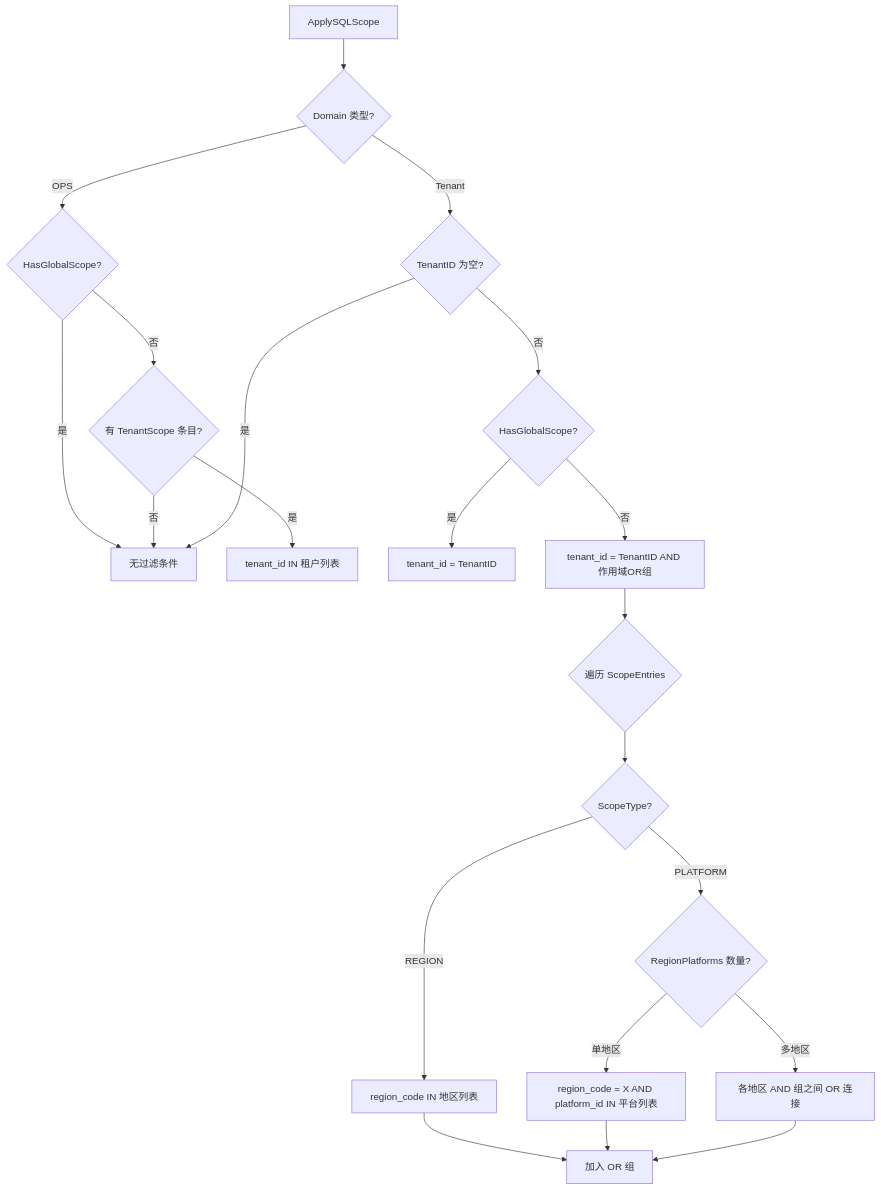
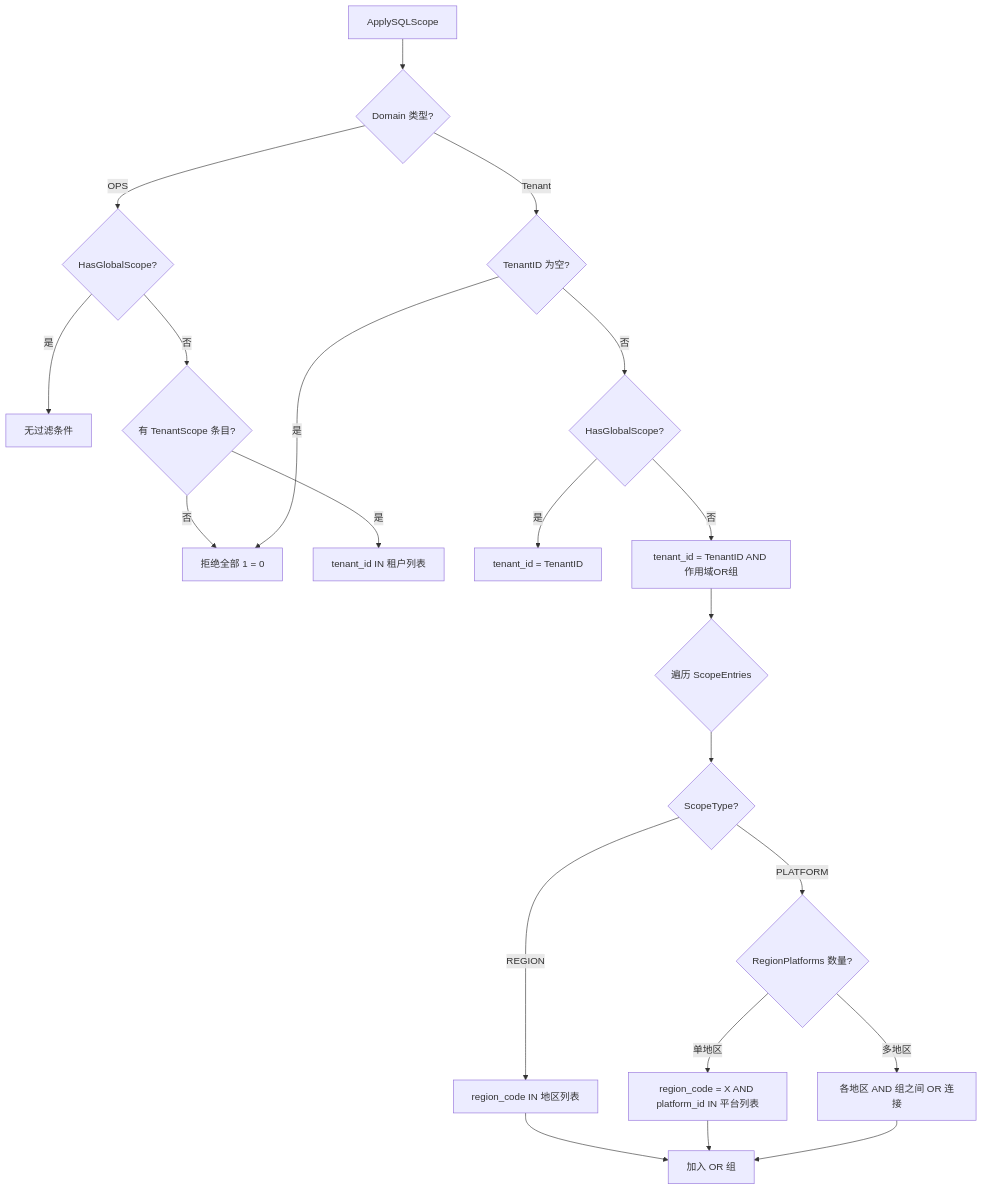
Before and after one commit to kamalyes/go-sqlbuilder: the first of 3 diagrams in scope/SCOPE.md, drawn with Mermaid. The commit also changed other lines of this file and 6 other files, not shown here.

````diff
--- a/scope/SCOPE.md
+++ b/scope/SCOPE.md
@@ -30,28 +33,28 @@
 ```mermaid
 flowchart TD
     A[ApplySQLScope] --> B{Domain 类型?}
 
     B -->|OPS| C{HasGlobalScope?}
     C -->|是| D[无过滤条件]
     C -->|否| E{有 TenantScope 条目?}
-    E -->|否| D
+    E -->|否| X[拒绝全部 1 = 0]
     E -->|是| F[tenant_id IN 租户列表]
 
     B -->|Tenant| G{TenantID 为空?}
-    G -->|是| D
+    G -->|是| X
     G -->|否| H{HasGlobalScope?}
     H -->|是| I[tenant_id = TenantID]
     H -->|否| J[tenant_id = TenantID AND 作用域OR组]
 
     J --> K{遍历 ScopeEntries}
     K --> L{ScopeType?}
     L -->|REGION| M[region_code IN 地区列表]
     L -->|PLATFORM| N{RegionPlatforms 数量?}
 
     N -->|单地区| O[region_code = X AND platform_id IN 平台列表]
     N -->|多地区| P[各地区 AND 组之间 OR 连接]
 
     M --> Q[加入 OR 组]
     O --> Q
     P --> Q
 ```
````
